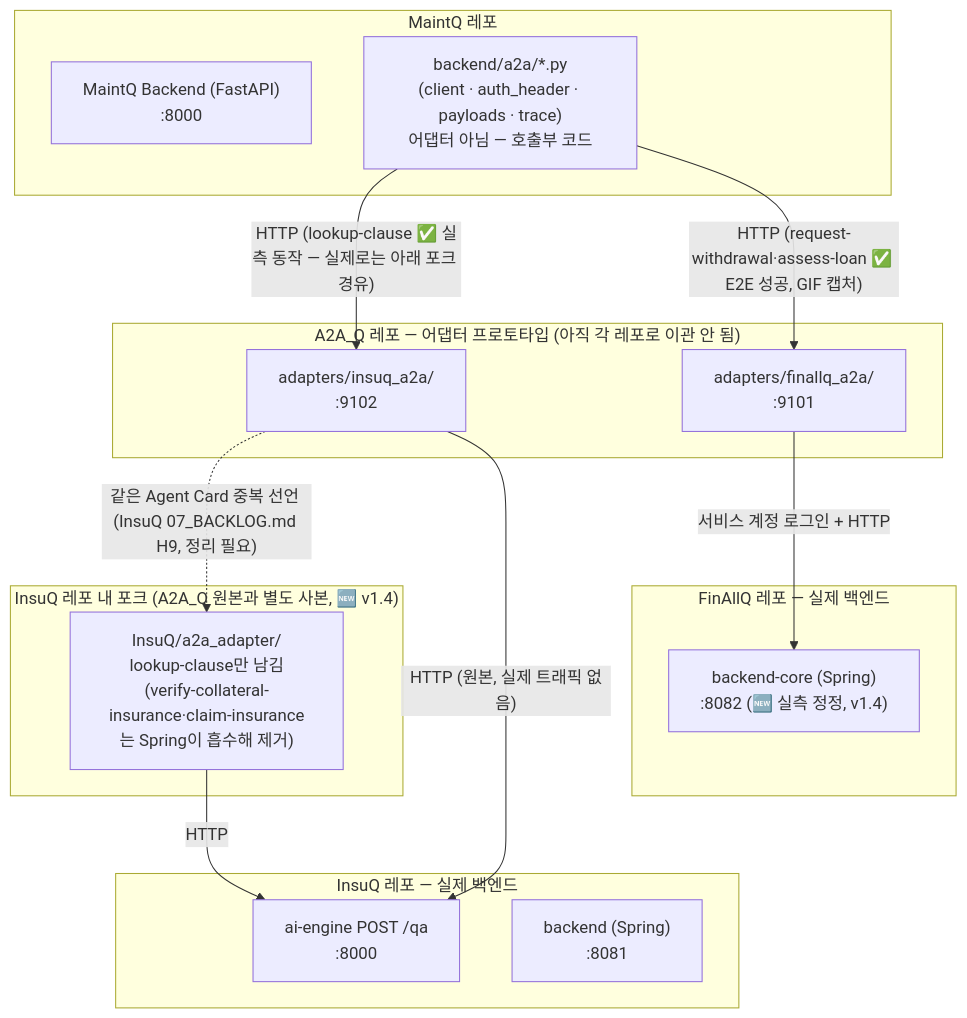
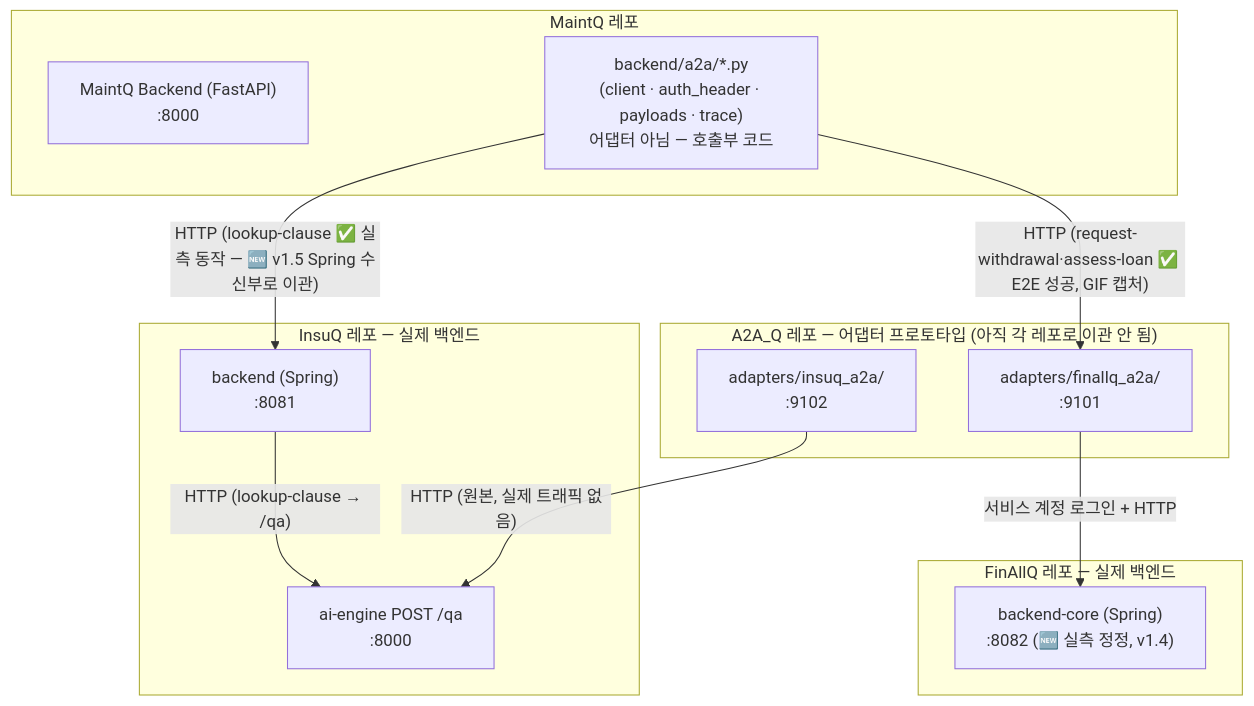
The sixth of 8 diagrams in A2A_DIAGRAMS.md (ttogle918/QMesh), drawn with Mermaid before and after one commit. The commit also changed other lines of this file, not shown here.

First line of the commit message:
docs: A2A_DIAGRAMS v1.5 — lookup-clause Spring 이관 반영

````diff
--- a/A2A_DIAGRAMS.md
+++ b/A2A_DIAGRAMS.md
@@ -339,32 +369,27 @@
 ```mermaid
 graph TD
     subgraph MAINTQ_REPO ["MaintQ 레포"]
         MQ_BACKEND["MaintQ Backend (FastAPI)<br>:8000"]
         MQ_A2A["backend/a2a/*.py<br>(client · auth_header · payloads · trace)<br>어댑터 아님 — 호출부 코드"]
     end
 
     subgraph A2A_Q_REPO ["A2A_Q 레포 — 어댑터 프로토타입 (아직 각 레포로 이관 안 됨)"]
         INSUQ_ADAPTER["adapters/insuq_a2a/<br>:9102"]
         FINALLQ_ADAPTER["adapters/finallq_a2a/<br>:9101"]
     end
 
     subgraph INSUQ_REPO ["InsuQ 레포 — 실제 백엔드"]
         INSUQ_AI["ai-engine POST /qa<br>:8000"]
         INSUQ_SPRING["backend (Spring)<br>:8081"]
     end
 
     subgraph FINALLQ_REPO ["FinAllQ 레포 — 실제 백엔드"]
         FA_CORE["backend-core (Spring)<br>:8082 (🆕 실측 정정, v1.4)"]
     end
 
-    subgraph INSUQ_FORK ["InsuQ 레포 내 포크 (A2A_Q 원본과 별도 사본, 🆕 v1.4)"]
-        INSUQ_FORK_ADAPTER["InsuQ/a2a_adapter/<br>lookup-clause만 남김<br>(verify-collateral-insurance·claim-insurance는 Spring이 흡수해 제거)"]
-    end
-
-    MQ_A2A -- "HTTP (lookup-clause ✅ 실측 동작 — 실제로는 아래 포크 경유)" --> INSUQ_ADAPTER
-    INSUQ_ADAPTER -.->|"같은 Agent Card 중복 선언 (InsuQ 07_BACKLOG.md H9, 정리 필요)"| INSUQ_FORK_ADAPTER
-    INSUQ_FORK_ADAPTER -- "HTTP" --> INSUQ_AI
+    MQ_A2A -- "HTTP (lookup-clause ✅ 실측 동작 — 🆕 v1.5 Spring 수신부로 이관)" --> INSUQ_SPRING
+    INSUQ_SPRING -- "HTTP (lookup-clause → /qa)" --> INSUQ_AI
     MQ_A2A -- "HTTP (request-withdrawal·assess-loan ✅ E2E 성공, GIF 캡처)" --> FINALLQ_ADAPTER
     INSUQ_ADAPTER -- "HTTP (원본, 실제 트래픽 없음)" --> INSUQ_AI
     FINALLQ_ADAPTER -- "서비스 계정 로그인 + HTTP" --> FA_CORE
 ```
````
